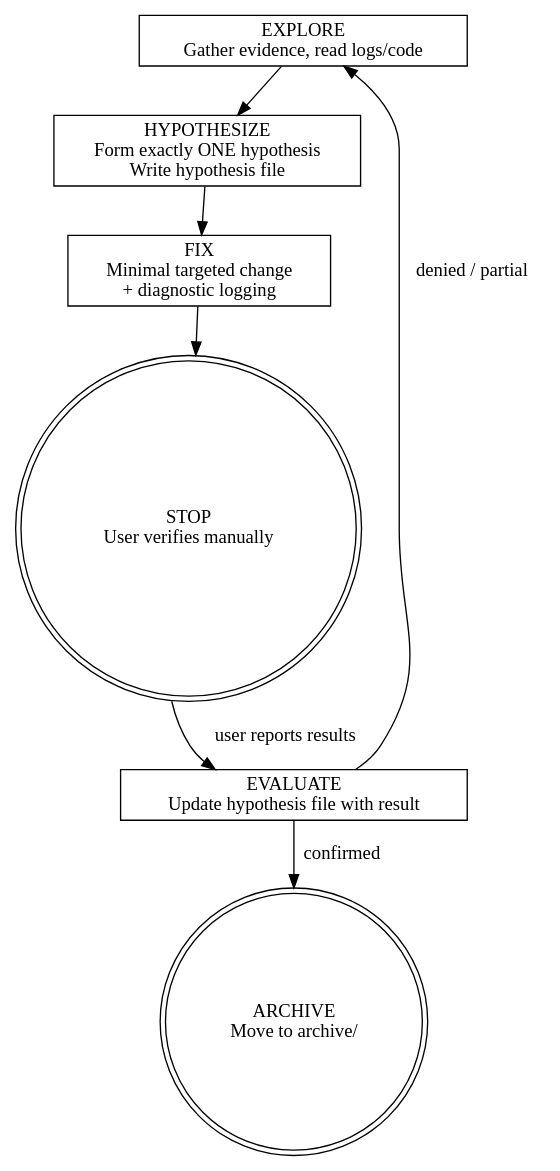
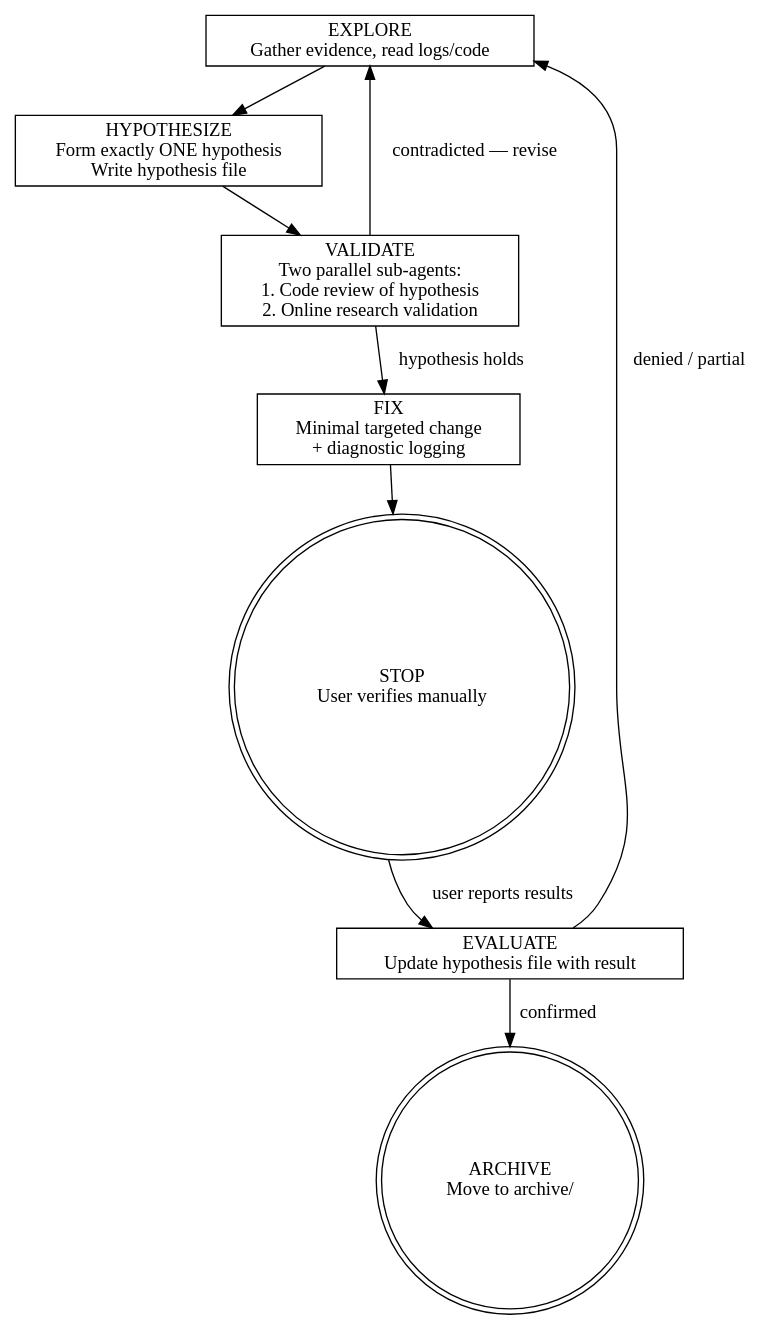
One commit to thomaslty/claude-skills changed the diagram in plugins/hfv/skills/full/SKILL.md. Above: the diagram before and after it, drawn with Graphviz. The commit also changed other lines of this file and 3 other files, not shown here.

Commit message:
Add hypothesis validation step to HFV: parallel sub-agents pre-filter bad hypotheses before fix

````diff
--- a/plugins/hfv/skills/full/SKILL.md
+++ b/plugins/hfv/skills/full/SKILL.md
@@ -96,20 +96,23 @@
 ```dot
 digraph hfv {
   rankdir=TB;
   node [shape=box];
 
   explore [label="EXPLORE\nGather evidence, read logs/code"];
   hypothesize [label="HYPOTHESIZE\nForm exactly ONE hypothesis\nWrite hypothesis file"];
+  validate [label="VALIDATE\nTwo parallel sub-agents:\n1. Code review of hypothesis\n2. Online research validation"];
   fix [label="FIX\nMinimal targeted change\n+ diagnostic logging"];
   stop [label="STOP\nUser verifies manually" shape=doublecircle];
   evaluate [label="EVALUATE\nUpdate hypothesis file with result"];
   archive [label="ARCHIVE\nMove to archive/" shape=doublecircle];
 
   explore -> hypothesize;
-  hypothesize -> fix;
+  hypothesize -> validate;
+  validate -> fix [label="hypothesis holds"];
+  validate -> explore [label="contradicted — revise"];
   fix -> stop;
   stop -> evaluate [label="user reports results"];
   evaluate -> explore [label="denied / partial"];
   evaluate -> archive [label="confirmed"];
 }
 ```
````
